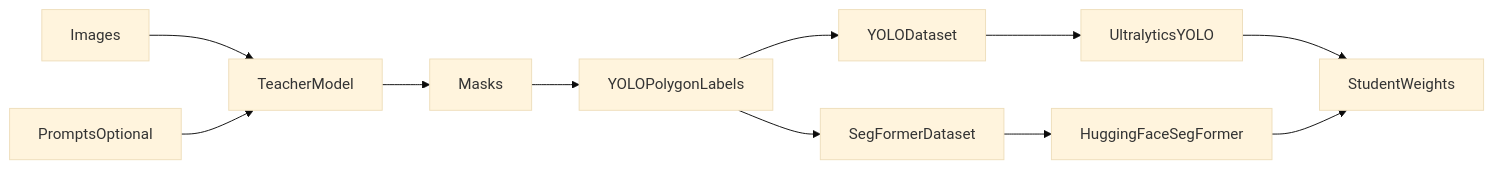
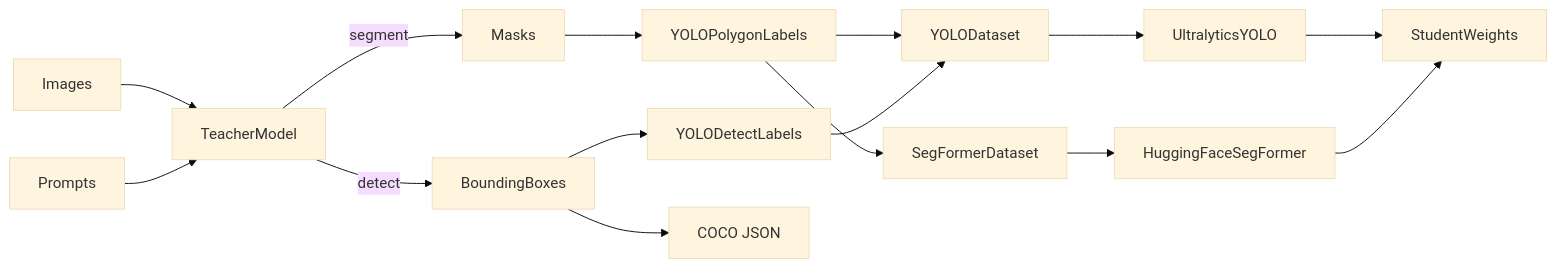
Before and after one commit to yajatvishwak/visiondistill: the diagram in README.md, drawn with Mermaid (base theme). The commit also changed other lines of this file and 8 other files, not shown here.

````diff
--- a/README.md
+++ b/README.md
@@ -18,13 +17,17 @@
 ```mermaid
 flowchart LR
     images[Images] --> teacher[TeacherModel]
-    prompts[PromptsOptional] --> teacher
-    teacher --> masks[Masks]
-    masks --> labels[YOLOPolygonLabels]
-    labels --> yoloDS[YOLODataset]
-    labels --> sfDS[SegFormerDataset]
+    prompts[Prompts] --> teacher
+    teacher -->|segment| masks[Masks]
+    teacher -->|detect| bboxes[BoundingBoxes]
+    masks --> polyLabels[YOLOPolygonLabels]
+    bboxes --> bboxLabels[YOLODetectLabels]
+    bboxes --> cocoJSON["COCO JSON"]
+    polyLabels --> yoloDS[YOLODataset]
+    polyLabels --> sfDS[SegFormerDataset]
+    bboxLabels --> yoloDS
     yoloDS --> yolo[UltralyticsYOLO]
     sfDS --> sf[HuggingFaceSegFormer]
     yolo --> weights[StudentWeights]
     sf --> weights
 ```
````
